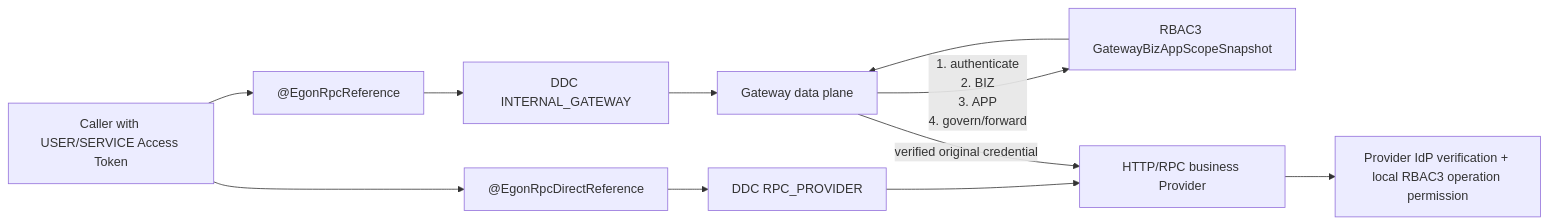
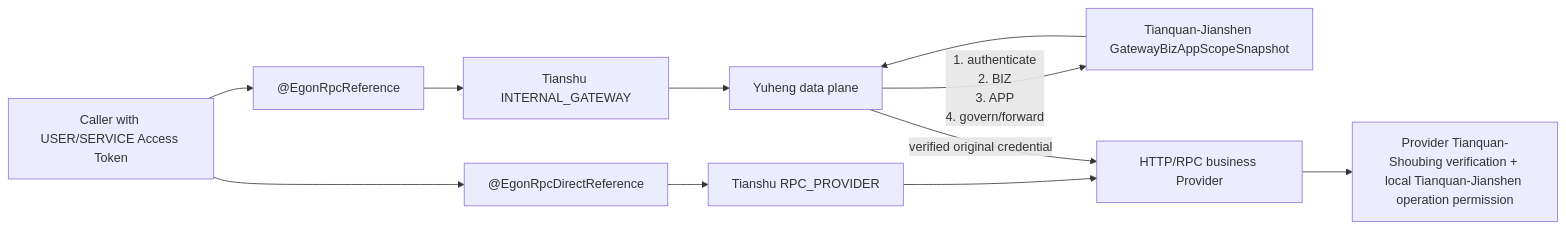
The diagram in docs/egon/spec/2026-08-15-16-57-gateway-biz-app-scope-direct-rpc-design.md (AllenDEricDAlexander/Egon-COLA), drawn with Mermaid before and after one commit. The commit also changed other lines of this file and 233 other files, not shown here.

````diff
--- a/docs/egon/spec/2026-08-15-16-57-gateway-biz-app-scope-direct-rpc-design.md
+++ b/docs/egon/spec/2026-08-15-16-57-gateway-biz-app-scope-direct-rpc-design.md
@@ -192,18 +192,18 @@
 ```mermaid
 flowchart LR
     Caller["Caller with USER/SERVICE Access Token"]
     GWRef["@EgonRpcReference"]
     DirectRef["@EgonRpcDirectReference"]
-    DDCGW["DDC INTERNAL_GATEWAY"]
-    DDCP["DDC RPC_PROVIDER"]
-    GW["Gateway data plane"]
-    Scope["RBAC3 GatewayBizAppScopeSnapshot"]
+    DDCGW["Tianshu INTERNAL_GATEWAY"]
+    DDCP["Tianshu RPC_PROVIDER"]
+    GW["Yuheng data plane"]
+    Scope["Tianquan-Jianshen GatewayBizAppScopeSnapshot"]
     Provider["HTTP/RPC business Provider"]
-    DownstreamAuth["Provider IdP verification + local RBAC3 operation permission"]
+    DownstreamAuth["Provider Tianquan-Shoubing verification + local Tianquan-Jianshen operation permission"]
     Caller --> GWRef --> DDCGW --> GW
     Caller --> DirectRef --> DDCP --> Provider
     GW -->|" 1. authenticate\n2. BIZ\n3. APP\n4. govern/forward "| Scope
     Scope --> GW
     GW -->|" verified original credential "| Provider
     Provider --> DownstreamAuth
 ```
````
